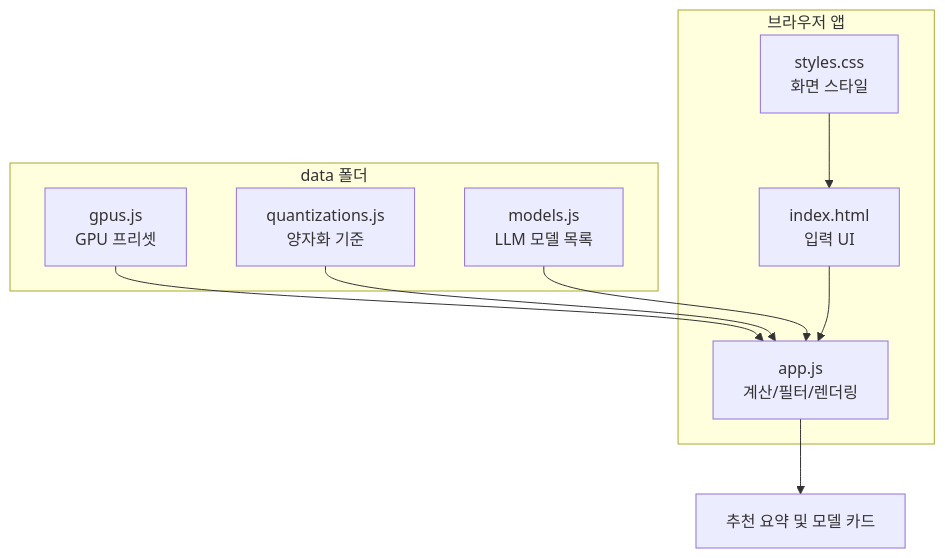
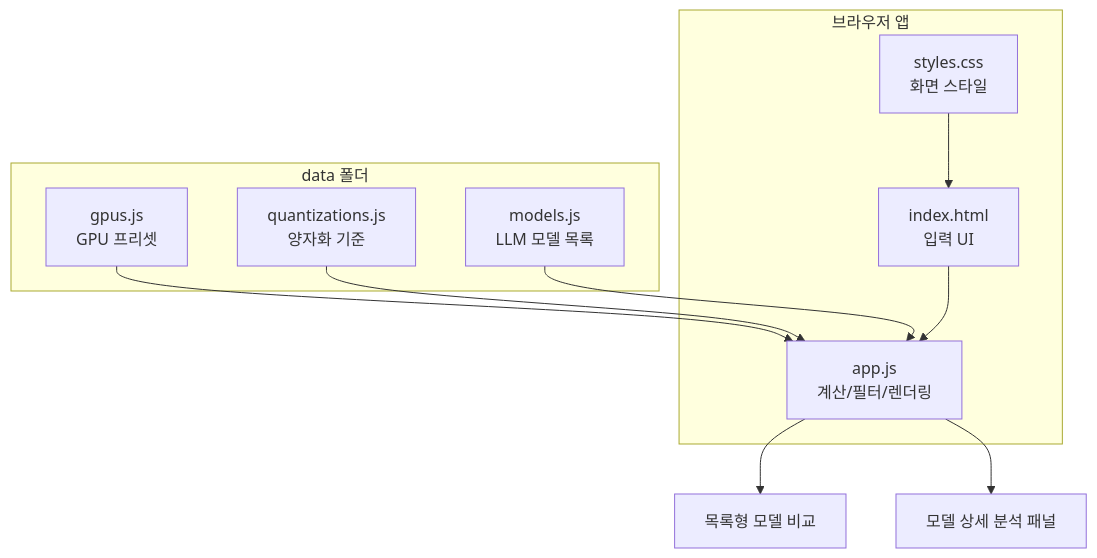
Before and after one commit to jaeseok614/llm-gpu-checker-ko: the third of 3 diagrams in README.md, drawn with Mermaid. The commit also changed other lines of this file, not shown here.

````diff
--- a/README.md
+++ b/README.md
@@ -165,21 +385,22 @@
 ```mermaid
 flowchart TB
   subgraph Data[data 폴더]
     G[gpus.js<br/>GPU 프리셋]
     Q[quantizations.js<br/>양자화 기준]
     M[models.js<br/>LLM 모델 목록]
   end
 
   subgraph App[브라우저 앱]
     UI[index.html<br/>입력 UI]
     Logic[app.js<br/>계산/필터/렌더링]
     Style[styles.css<br/>화면 스타일]
   end
 
   G --> Logic
   Q --> Logic
   M --> Logic
   UI --> Logic
   Style --> UI
-  Logic --> Cards[추천 요약 및 모델 카드]
+  Logic --> List[목록형 모델 비교]
+  Logic --> Detail[모델 상세 분석 패널]
 ```
````
